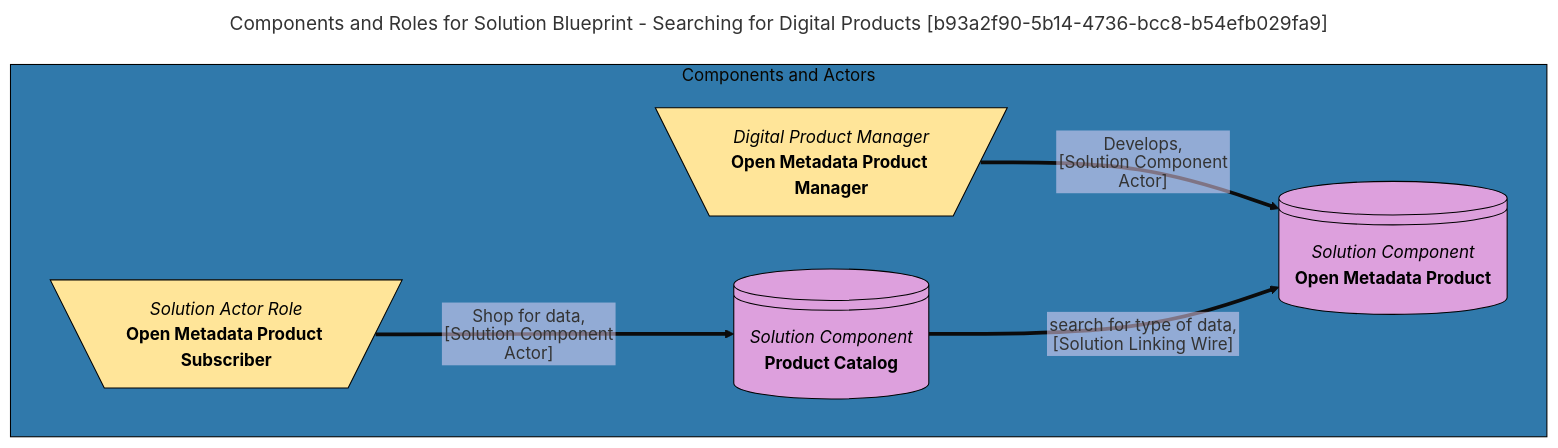
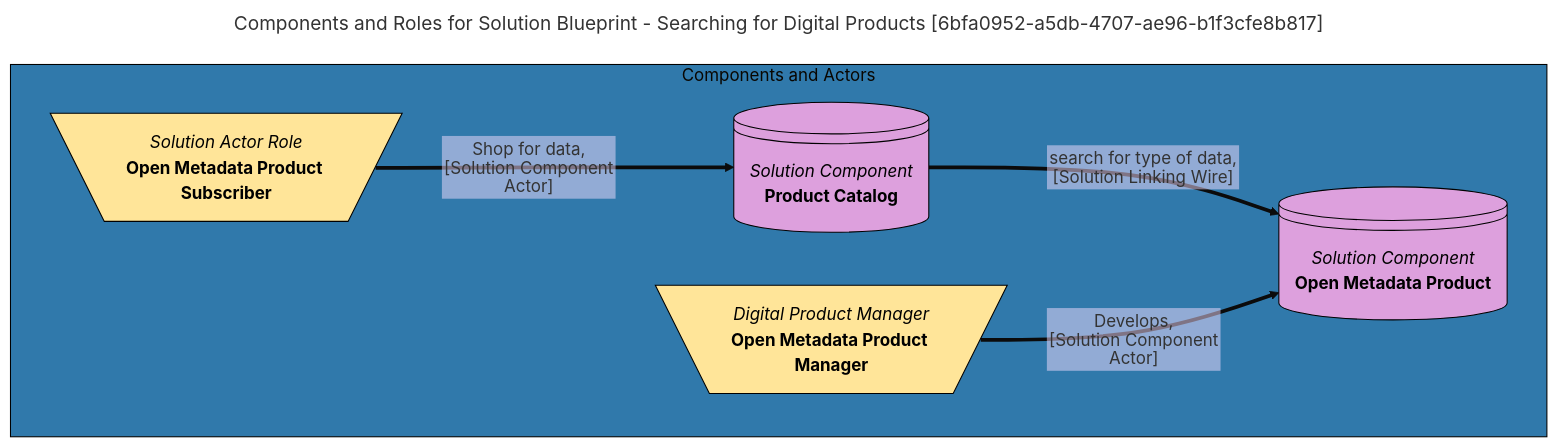
The diagram in site/snippets/blueprints/digital-products/searching-for-digital-products-solution-blueprint-mermaid-graph.md (odpi/egeria-docs), drawn with Mermaid (base theme) before and after one commit. The commit also changed 2201 other files, not shown here.

````diff
--- a/site/snippets/blueprints/digital-products/searching-for-digital-products-solution-blueprint-mermaid-graph.md
+++ b/site/snippets/blueprints/digital-products/searching-for-digital-products-solution-blueprint-mermaid-graph.md
@@ -1,29 +1,29 @@
 ```mermaid
 ---
-title: Components and Roles for Solution Blueprint - Searching for Digital Products [b93a2f90-5b14-4736-bcc8-b54efb029fa9]
+title: Components and Roles for Solution Blueprint - Searching for Digital Products [6bfa0952-a5db-4707-ae96-b1f3cfe8b817]
 ---
 flowchart TD
 %%{init: {"flowchart": {"htmlLabels": false}} }%%
 
 subgraph 1 [Components and Actors]
 2@{ shape: lin-cyl, label: "*Solution Component*
+**Product Catalog**"}
+3@{ shape: lin-cyl, label: "*Solution Component*
 **Open Metadata Product**"}
-3@{ shape: lin-cyl, label: "*Solution Component*
-**Product Catalog**"}
-4@{ shape: trap-t, label: "*Digital Product Manager*
+4@{ shape: trap-t, label: "*Solution Actor Role*
+**Open Metadata Product Subscriber**"}
+4==>|"Shop for data,
+[Solution Component Actor]"|2
+2==>|"search for type of data,
+[Solution Linking Wire]"|3
+5@{ shape: trap-t, label: "*Digital Product Manager*
 **Open Metadata Product Manager**"}
-4==>|"Develops,
-[Solution Component Actor]"|2
-3==>|"search for type of data,
-[Solution Linking Wire]"|2
-5@{ shape: trap-t, label: "*Solution Actor Role*
-**Open Metadata Product Subscriber**"}
-5==>|"Shop for data,
+5==>|"Develops,
 [Solution Component Actor]"|3
 end
 style 1 color:#FFFFFF, fill:#3079ab, stroke:#000000
-style 2 color:#000000, fill:#dda0dd, stroke:#000000
-style 3 color:#000000, fill:#dda0dd, stroke:#000000
+style 2 color:#000000, fill:#DDA0DD, stroke:#000000
+style 3 color:#000000, fill:#DDA0DD, stroke:#000000
 style 4 color:#000000, fill:#FFE599, stroke:#000000
 style 5 color:#000000, fill:#FFE599, stroke:#000000
 ```
````
